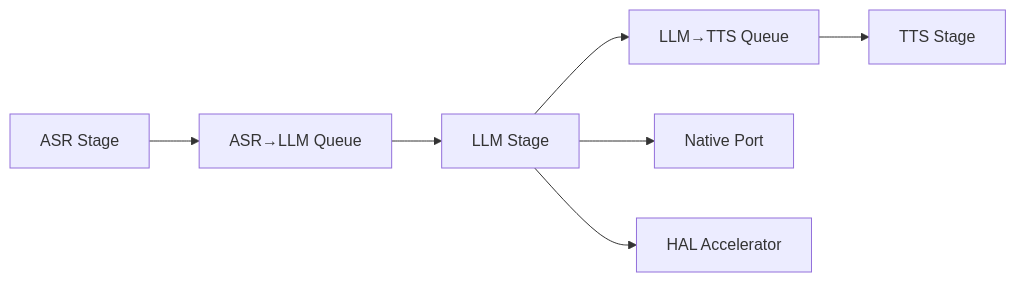
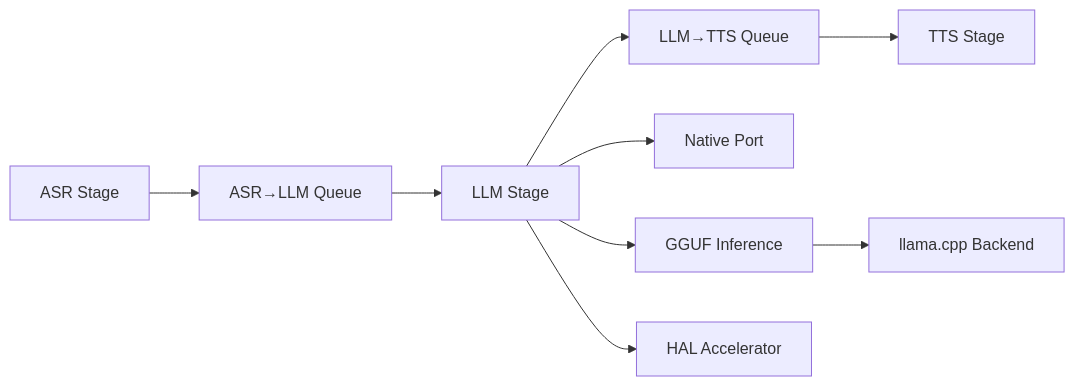
Before and after one commit to iMyth/QwenEcho: the tenth of 10 diagrams in .qoder/repowiki/en/content/AI Model Processing Stages/LLM Stage - Language Translation.md, drawn with Mermaid. The commit also changed other lines of this file and 129 other files, not shown here.

````diff
--- a/.qoder/repowiki/en/content/AI Model Processing Stages/LLM Stage - Language Translation.md
+++ b/.qoder/repowiki/en/content/AI Model Processing Stages/LLM Stage - Language Translation.md
@@ -329,9 +407,11 @@
 ```mermaid
 graph LR
 ASR["ASR Stage"] --> Q1["ASR→LLM Queue"]
 Q1 --> LLM["LLM Stage"]
 LLM --> Q2["LLM→TTS Queue"]
 Q2 --> TTS["TTS Stage"]
 LLM --> NP["Native Port"]
+LLM --> GGUF["GGUF Inference"]
+GGUF --> LLAMA["llama.cpp Backend"]
 LLM --> HAL["HAL Accelerator"]
 ```
````
